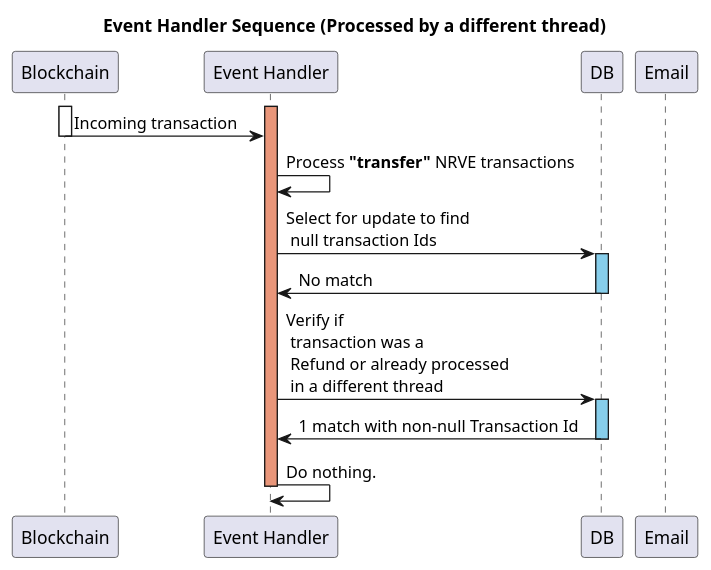
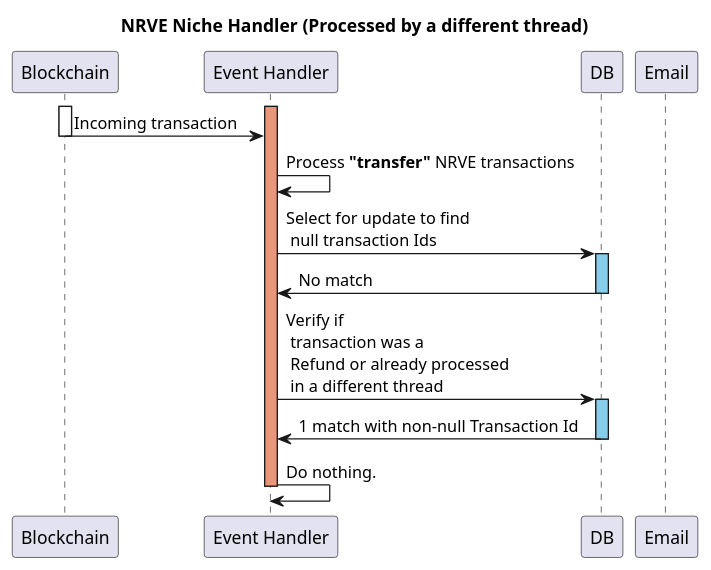
Before and after one commit to NarrativeCompany/tokensale-neo-smartcontract: the third of 3 diagrams in util/documentation/NRVE Event Handler.puml, drawn with PlantUML. The commit also changed other lines of this file and 2 other files, not shown here.

```diff
--- a/util/documentation/NRVE Event Handler.puml
+++ b/util/documentation/NRVE Event Handler.puml
@@ -48,23 +52,23 @@
 @startuml
-title Event Handler Sequence (Processed by a different thread)
+title NRVE Niche Handler (Processed by a different thread)
 participant Blockchain as bc
 participant "Event Handler" as ev
 participant DB as db
 participant Email as e
 
 activate ev #darkSalmon
 activate bc
 bc -> ev : Incoming transaction
 deactivate bc
 ev -> ev : Process **"transfer"** NRVE transactions
 ev -> db : Select for update to find \n null transaction Ids
 activate db #skyBlue
 db -> ev : No match
 deactivate db
 ev -> db : Verify if \n transaction was a \n Refund or already processed \n in a different thread
 activate db #skyBlue
 db -> ev : 1 match with non-null Transaction Id
 deactivate db
 ev -> ev : Do nothing.
 deactivate ev
 @enduml
```
